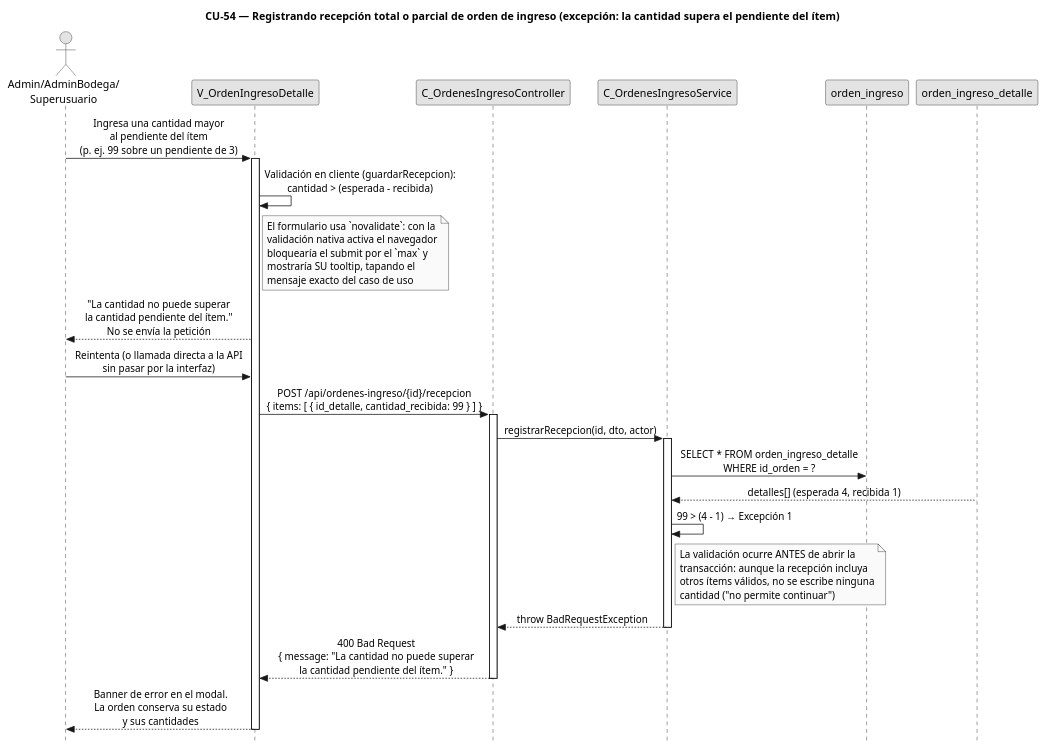
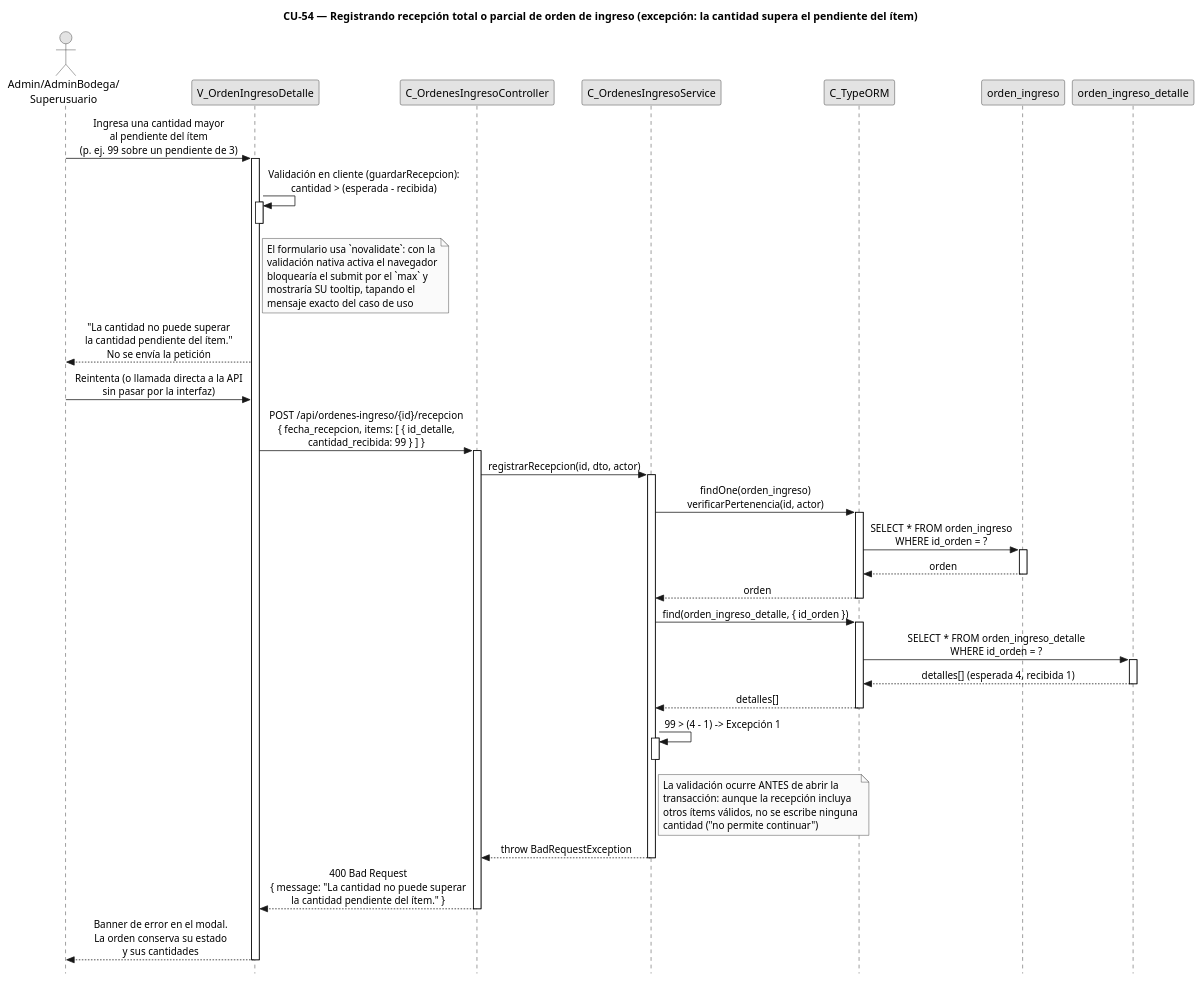
One commit to FSM-Finet-y-Cable-Magico/Team_1-Inventario-y-Bodega changed the diagram in diagramas/diagramas-secuencia/CU54/CU54-exc-cantidad-excede-pendiente.puml. Above: the diagram before and after it, drawn with PlantUML. The commit also changed 21 other files, not shown here.

First line of the commit message:
docs(diagramas): retornos trazables en CU-54/57 y loops sin rectángulo (notas inicio/término)

```diff
--- a/diagramas/diagramas-secuencia/CU54/CU54-exc-cantidad-excede-pendiente.puml
+++ b/diagramas/diagramas-secuencia/CU54/CU54-exc-cantidad-excede-pendiente.puml
@@ -1,75 +1,95 @@
 @startuml CU54-RecepcionOrdenIngreso-Exc-CantidadExcedePendiente
 title CU-54 — Registrando recepción total o parcial de orden de ingreso (excepción: la cantidad supera el pendiente del ítem)
 
 skinparam style strictuml
 skinparam monochrome true
 skinparam shadowing false
 skinparam sequenceMessageAlign center
 <style>
 sequenceDiagram {
   participant {
     margin 35
   }
   actor {
     margin 15
   }
 }
 </style>
 skinparam sequence {
   MessageAlign center
   LifeLineBorderColor black
 }
 hide footbox
 
 actor "Admin/AdminBodega/\nSuperusuario" as user
 participant "V_OrdenIngresoDetalle" as view
 participant "C_OrdenesIngresoController" as ctrl
 participant "C_OrdenesIngresoService" as svc
+participant "C_TypeORM" as orm
 participant "orden_ingreso" as oing
 participant "orden_ingreso_detalle" as odet
 
 user -> view : Ingresa una cantidad mayor\nal pendiente del ítem\n(p. ej. 99 sobre un pendiente de 3)
 activate view
 
 view -> view : Validación en cliente (guardarRecepcion):\ncantidad > (esperada - recibida)
+activate view
+deactivate view
 
 note right of view
   El formulario usa `novalidate`: con la
   validación nativa activa el navegador
   bloquearía el submit por el `max` y
   mostraría SU tooltip, tapando el
   mensaje exacto del caso de uso
 end note
 
 view --> user : "La cantidad no puede superar\nla cantidad pendiente del ítem."\nNo se envía la petición
 
 user -> view : Reintenta (o llamada directa a la API\nsin pasar por la interfaz)
 
-view -> ctrl : POST /api/ordenes-ingreso/{id}/recepcion\n{ items: [ { id_detalle, cantidad_recibida: 99 } ] }
+view -> ctrl : POST /api/ordenes-ingreso/{id}/recepcion\n{ fecha_recepcion, items: [ { id_detalle,\ncantidad_recibida: 99 } ] }
 activate ctrl
 
 ctrl -> svc : registrarRecepcion(id, dto, actor)
 activate svc
 
-svc -> oing : SELECT * FROM orden_ingreso_detalle\nWHERE id_orden = ?
-odet --> svc : detalles[] (esperada 4, recibida 1)
+svc -> orm : findOne(orden_ingreso)\nverificarPertenencia(id, actor)
+activate orm
+orm -> oing : SELECT * FROM orden_ingreso\nWHERE id_orden = ?
+activate oing
+oing --> orm : orden
+deactivate oing
+orm --> svc : orden
+deactivate orm
 
-svc -> svc : 99 > (4 - 1) → Excepción 1
+svc -> orm : find(orden_ingreso_detalle, { id_orden })
+activate orm
+orm -> odet : SELECT * FROM orden_ingreso_detalle\nWHERE id_orden = ?
+activate odet
+odet --> orm : detalles[] (esperada 4, recibida 1)
+deactivate odet
+orm --> svc : detalles[]
+deactivate orm
+
+svc -> svc : 99 > (4 - 1) -> Excepción 1
+activate svc
+deactivate svc
 
 note right of svc
   La validación ocurre ANTES de abrir la
   transacción: aunque la recepción incluya
   otros ítems válidos, no se escribe ninguna
   cantidad ("no permite continuar")
 end note
 
 svc --> ctrl : throw BadRequestException
 deactivate svc
 
 ctrl --> view : 400 Bad Request\n{ message: "La cantidad no puede superar\nla cantidad pendiente del ítem." }
 deactivate ctrl
 
 view --> user : Banner de error en el modal.\nLa orden conserva su estado\ny sus cantidades
 deactivate view
 
 @enduml
```
